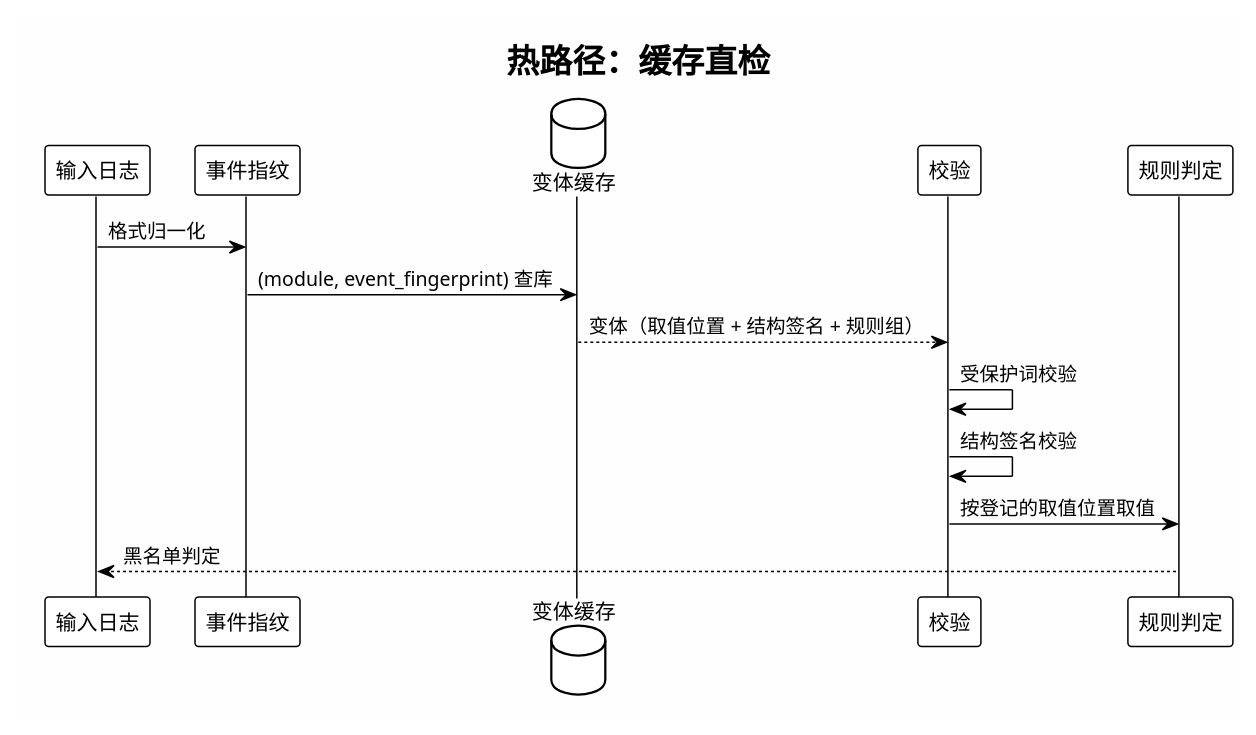
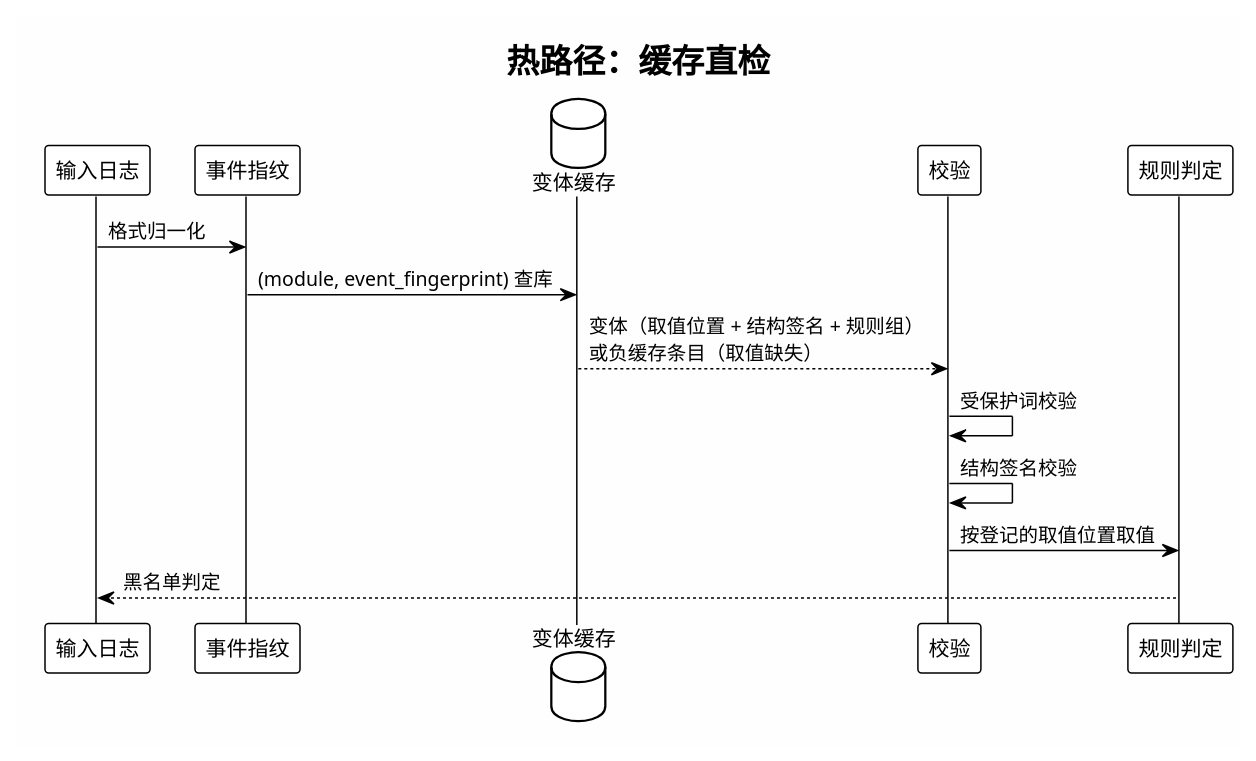
Before and after one commit to HouMonKy/TIG-PIPLUP: the seventh of 13 diagrams in LogNet3.0方案设计与实现文档.md, drawn with PlantUML. The commit also changed other lines of this file, not shown here.

Commit message:
docs: 技术点二补负缓存——5.1 概述第三类结构（能路由但取不到值）、模块表、冷热时序图分支；新增 5.5.3 负缓存：按事件指纹记住取值缺失结构，同结构零模型判缺；只缓存取值缺失（按值缓存会让同结构不同值复现旧值、整批误报）

````diff
--- a/LogNet3.0方案设计与实现文档.md
+++ b/LogNet3.0方案设计与实现文档.md
@@ -532,24 +538,24 @@
 ```plantuml
 @startuml Parameter_Hot_Sequence
 !theme plain
 skinparam backgroundColor #FEFEFE
 skinparam shadowing false
 
 title 热路径：缓存直检
 
 participant "输入日志" as Log
 participant "事件指纹" as FP
 database "变体缓存" as Store
 participant "校验" as Check
 participant "规则判定" as Rule
 
 Log -> FP: 格式归一化
 FP -> Store: (module, event_fingerprint) 查库
-Store --> Check: 变体（取值位置 + 结构签名 + 规则组）
+Store --> Check: 变体（取值位置 + 结构签名 + 规则组）\n或负缓存条目（取值缺失）
 Check -> Check: 受保护词校验
 Check -> Check: 结构签名校验
 Check -> Rule: 按登记的取值位置取值
 Rule --> Log: 黑名单判定
 
 @enduml
 ```
````
